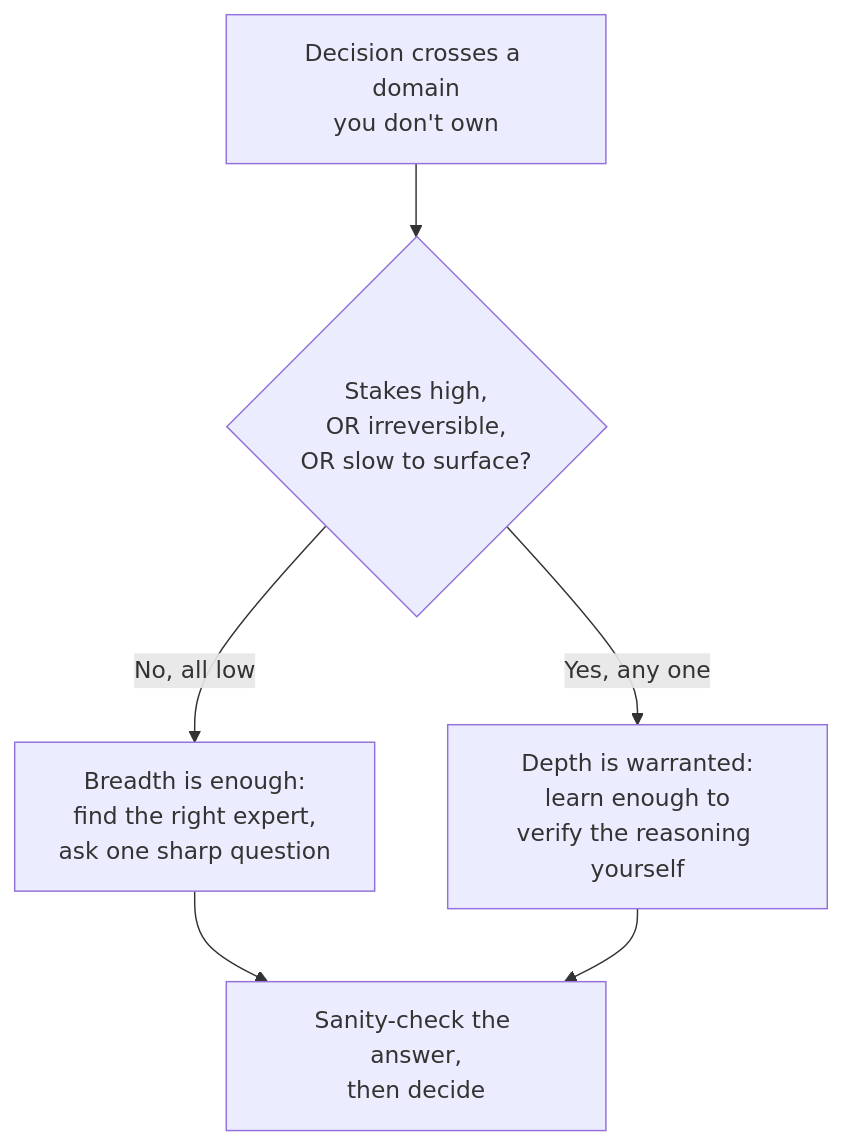
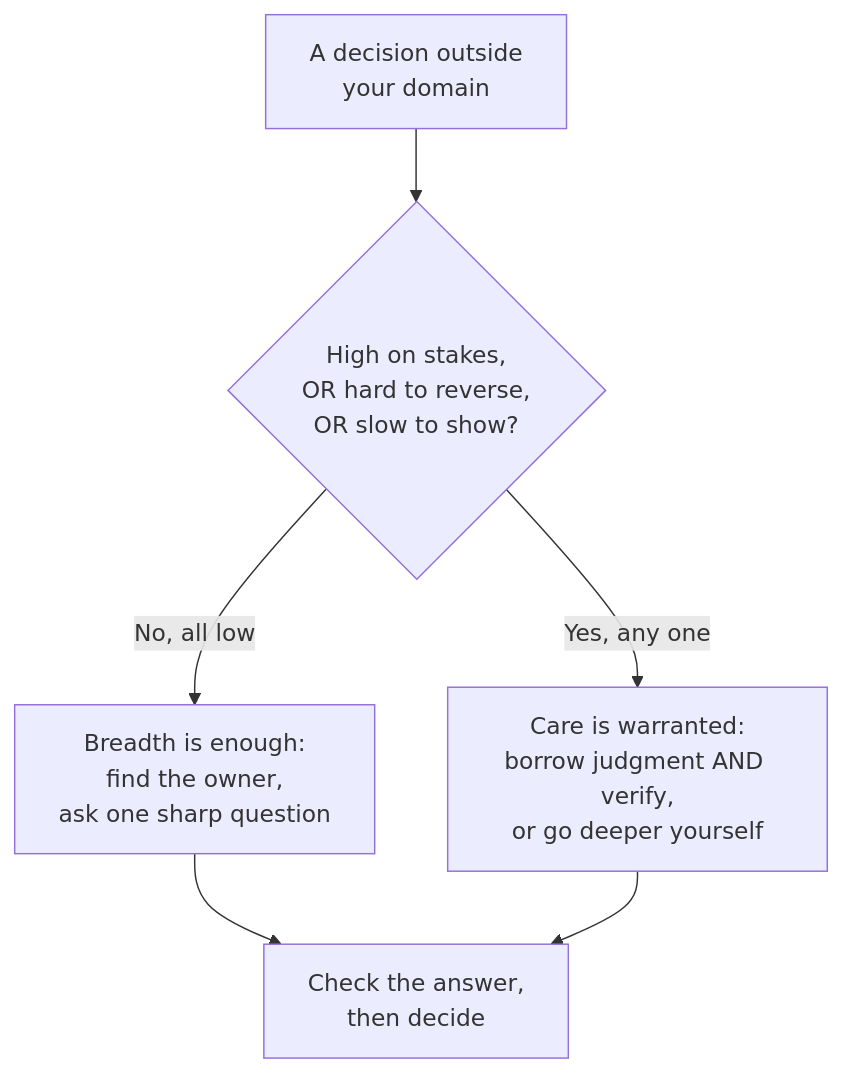
Before and after one commit to francoandreDev/knowledge: the first of 2 diagrams in src/content/learning-craft/breadth-depth-trade-off-scale/L2-concept.mdx, drawn with Mermaid. The commit also changed other lines of this file and 3 other files, not shown here.

Commit message:
Migrate learning-craft/breadth-depth-trade-off-scale to the three-tier exercise model

````diff
--- a/src/content/learning-craft/breadth-depth-trade-off-scale/L2-concept.mdx
+++ b/src/content/learning-craft/breadth-depth-trade-off-scale/L2-concept.mdx
@@ -46,8 +44,8 @@
 ```mermaid
 flowchart TD
-    A[Decision crosses a domain<br/>you don't own] --> B{Stakes high,<br/>OR irreversible,<br/>OR slow to surface?}
-    B -- No, all low --> C[Breadth is enough:<br/>find the right expert,<br/>ask one sharp question]
-    B -- Yes, any one --> D[Depth is warranted:<br/>learn enough to<br/>verify the reasoning yourself]
-    C --> E[Sanity-check the answer,<br/>then decide]
+    A[A decision outside<br/>your domain] --> B{High on stakes,<br/>OR hard to reverse,<br/>OR slow to show?}
+    B -- No, all low --> C[Breadth is enough:<br/>find the owner,<br/>ask one sharp question]
+    B -- Yes, any one --> D[Care is warranted:<br/>borrow judgment AND verify,<br/>or go deeper yourself]
+    C --> E[Check the answer,<br/>then decide]
     D --> E
 ```
````
